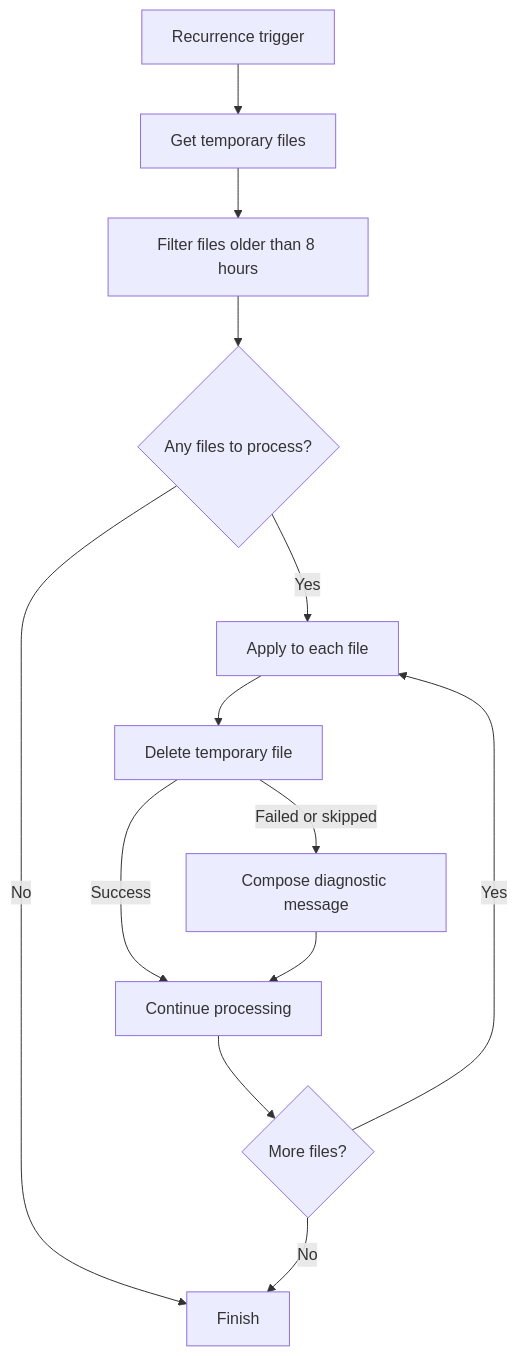
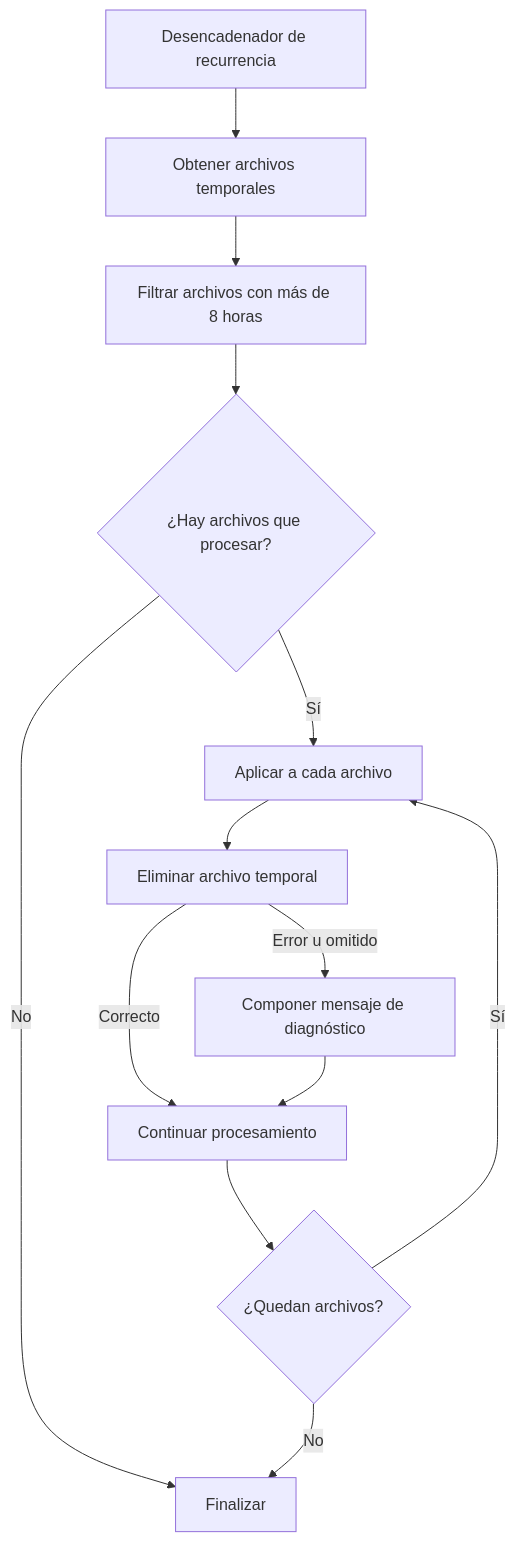
The diagram in Power-Automate/SharePoint-Excel-Automation/flows/FL03-demo/README.md (smartinmunoz/power-platform-portfolio-es), drawn with Mermaid before and after one commit. The commit also changed other lines of this file, not shown here.

````diff
--- a/Power-Automate/SharePoint-Excel-Automation/flows/FL03-demo/README.md
+++ b/Power-Automate/SharePoint-Excel-Automation/flows/FL03-demo/README.md
@@ -13,15 +13,15 @@
 ```mermaid
 flowchart TD
-    A["Recurrence trigger"] --> B["Get temporary files"]
-    B --> C["Filter files older than 8 hours"]
-    C --> D{"Any files to process?"}
-    D -->|No| E["Finish"]
-    D -->|Yes| F["Apply to each file"]
-    F --> G["Delete temporary file"]
-    G -->|Success| H["Continue processing"]
-    G -->|Failed or skipped| I["Compose diagnostic message"]
+    A["Desencadenador de recurrencia"] --> B["Obtener archivos temporales"]
+    B --> C["Filtrar archivos con más de 8 horas"]
+    C --> D{"¿Hay archivos que procesar?"}
+    D -->|No| E["Finalizar"]
+    D -->|Sí| F["Aplicar a cada archivo"]
+    F --> G["Eliminar archivo temporal"]
+    G -->|Correcto| H["Continuar procesamiento"]
+    G -->|Error u omitido| I["Componer mensaje de diagnóstico"]
     I --> H
-    H --> J{"More files?"}
-    J -->|Yes| F
+    H --> J{"¿Quedan archivos?"}
+    J -->|Sí| F
     J -->|No| E
 ```
````
